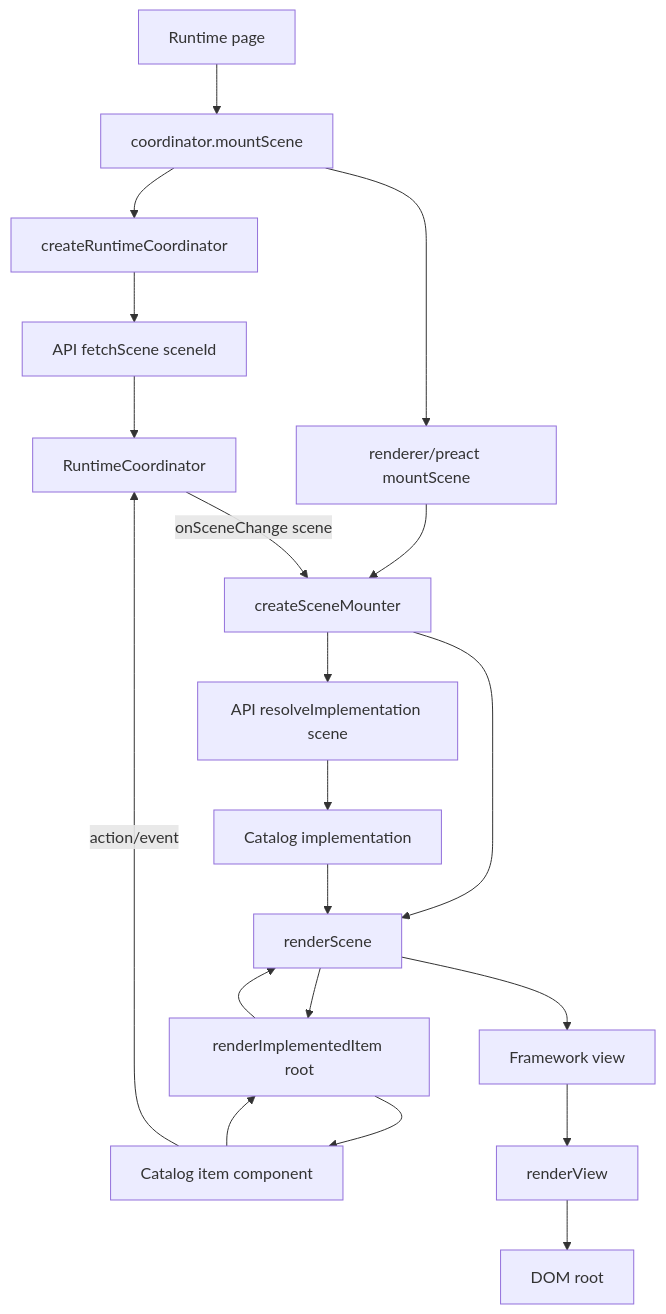
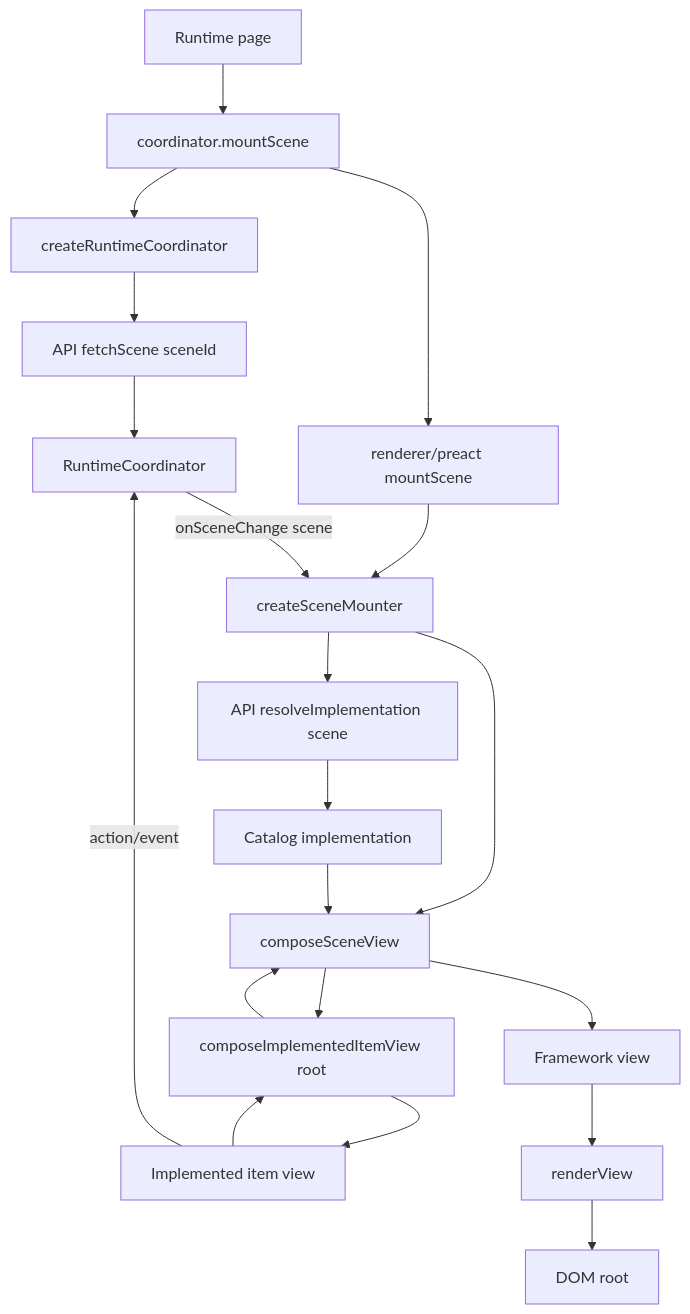
Before and after one commit to acolby/catalogspec: the first of 2 diagrams in experiments/web/renderers/README.md, drawn with Mermaid. The commit also changed other lines of this file and 20 other files, not shown here.

````diff
--- a/experiments/web/renderers/README.md
+++ b/experiments/web/renderers/README.md
@@ -97,25 +104,25 @@
 ```mermaid
 flowchart TD
   A[Runtime page] --> B[coordinator.mountScene]
   B --> C[createRuntimeCoordinator]
   C --> D[API fetchScene sceneId]
   D --> E[RuntimeCoordinator]
   B --> F[renderer/preact mountScene]
   F --> G[createSceneMounter]
 
   E -->|onSceneChange scene| G
   G --> H[API resolveImplementation scene]
   H --> I[Catalog implementation]
 
-  G --> J[renderScene]
+  G --> J[composeSceneView]
   I --> J
-  J --> K[renderImplementedItem root]
-  K --> L[Catalog item component]
+  J --> K[composeImplementedItemView root]
+  K --> L[Implemented item view]
   L --> K
   K --> J
   J --> M[Framework view]
   M --> N[renderView]
   N --> O[DOM root]
 
   L -->|action/event| E
 ```
````
